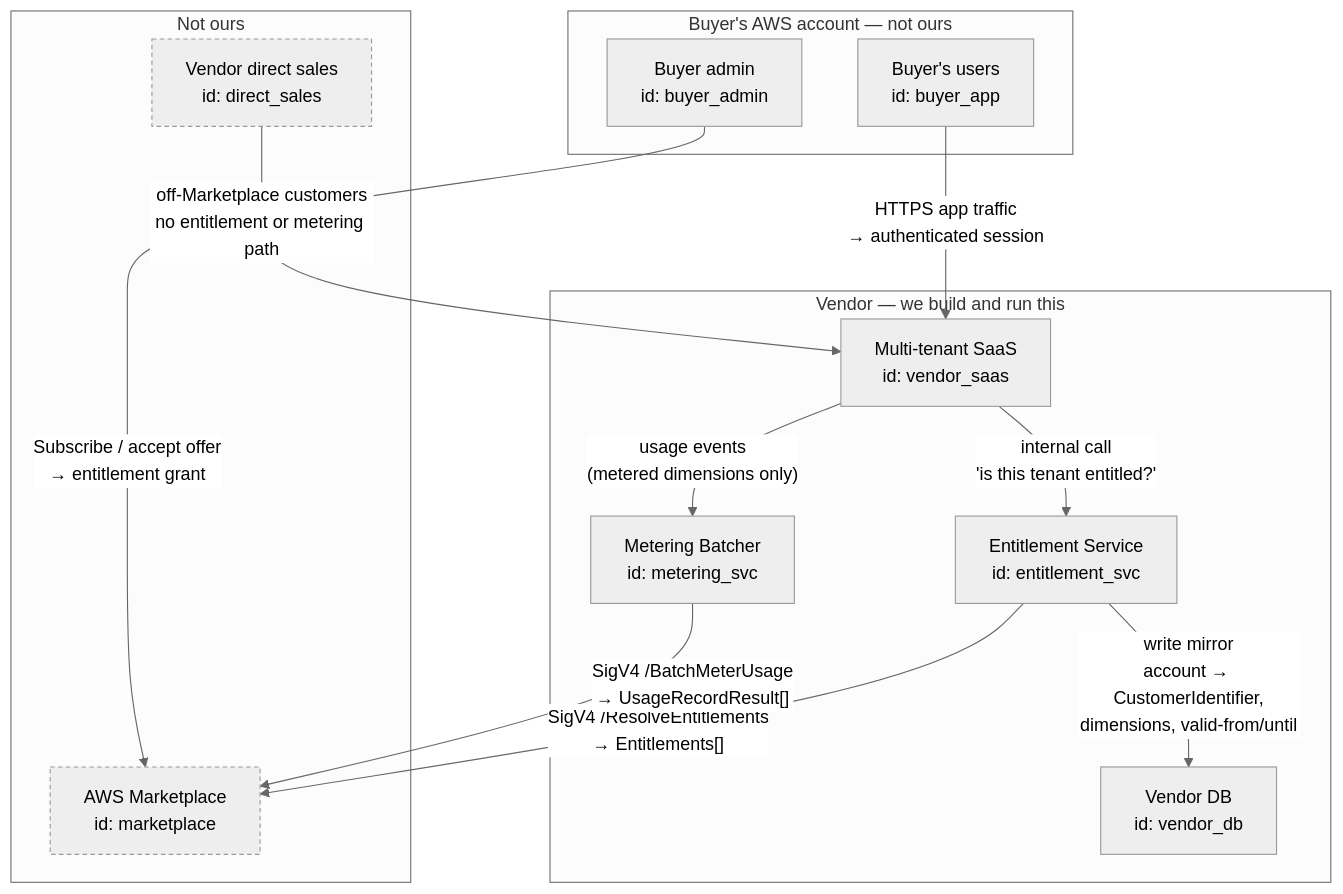
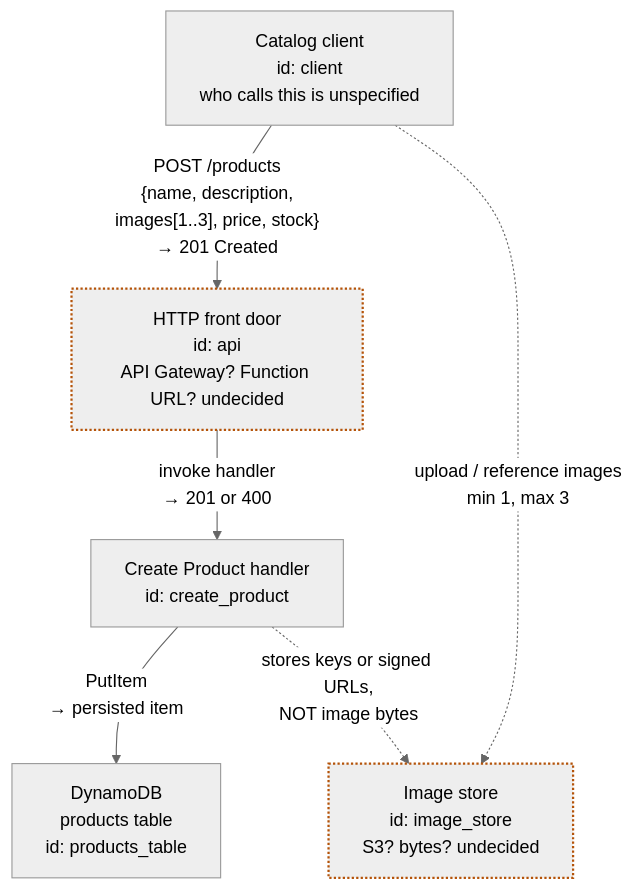
The diagram in diagrams/00-context.mmd (yamid-granda/aws-marketplace-study), drawn with Mermaid (neutral theme) before and after one commit. The commit also changed 12 other files, not shown here.

First line of the commit message:
fix(docs): replace invented seller-integration spec with the real one

```diff
--- a/diagrams/00-context.mmd
+++ b/diagrams/00-context.mmd
@@ -1,45 +1,36 @@
-%% Context level — who talks to what, and which of it do we own?
-%% Ref: docs/system.md -> "What the vendor sells"
-%% Node IDs here are referenced from docs and the other diagrams. Treat as contract.
+%% Context — the moving parts behind Create Product.
+%% Ref: docs/system.md -> "Architecture" and "Open questions"
+%% 
+%% PROVENANCE, per docs/system.md:
+%%   solid          = specified (Lambda compute, DynamoDB storage, one endpoint)
+%%   dashed + amber = INFERRED or undecided — not a decision, do not build on it
+%% 
+%% There is no vendor, no customer, and no billing in this system. An earlier
+%% revision of this file described one; it was invented and removed.
 
 flowchart TB
 
-  subgraph buyer_acct["Buyer's AWS account — not ours"]
-    buyer_admin["Buyer admin<br/>id: buyer_admin"]
-    buyer_app["Buyer's users<br/>id: buyer_app"]
-  end
+  client["Catalog client<br/>id: client<br/>who calls this is unspecified"]
 
-  subgraph vendor["Vendor — we build and run this"]
-    vendor_saas["Multi-tenant SaaS<br/>id: vendor_saas"]
-    entitlement_svc["Entitlement Service<br/>id: entitlement_svc"]
-    metering_svc["Metering Batcher<br/>id: metering_svc"]
-    vendor_db["Vendor DB<br/>id: vendor_db"]
-  end
+  api["HTTP front door<br/>id: api<br/>API Gateway? Function URL? undecided"]
 
-  subgraph third_party["Not ours"]
-    marketplace["AWS Marketplace<br/>id: marketplace"]
-    direct_sales["Vendor direct sales<br/>id: direct_sales"]
-  end
+  create_product["Create Product handler<br/>id: create_product"]
 
-  %% Subscription is a buyer-side act. We never get a push notification about
-  %% it — this asymmetry is what forces the pull-based entitlement path.
-  buyer_admin -- "Subscribe / accept offer<br/>→ entitlement grant" --> marketplace
+  products_table["DynamoDB<br/>products table<br/>id: products_table"]
 
-  buyer_app -- "HTTPS app traffic<br/>→ authenticated session" --> vendor_saas
-  vendor_saas -- "internal call<br/>'is this tenant entitled?'" --> entitlement_svc
+  image_store["Image store<br/>id: image_store<br/>S3? bytes? undecided"]
 
-  entitlement_svc -- "SigV4 /ResolveEntitlements<br/>→ Entitlements[]" --> marketplace
+  client -- "POST /products<br/>{name, description,<br/>images[1..3], price, stock}<br/>→ 201 Created" --> api
 
-  %% Vendor DB is a MIRROR of Marketplace state, never the system of record.
-  %% Losing it must be recoverable by re-resolving.
-  entitlement_svc -- "write mirror<br/>account → CustomerIdentifier,<br/>dimensions, valid-from/until" --> vendor_db
+  api -- "invoke handler<br/>→ 201 or 400" --> create_product
 
-  vendor_saas -- "usage events<br/>(metered dimensions only)" --> metering_svc
-  metering_svc -- "SigV4 /BatchMeterUsage<br/>→ UsageRecordResult[]" --> marketplace
+  create_product -- "PutItem<br/>→ persisted item" --> products_table
 
-  %% Not every customer comes from Marketplace, so the entitlement and metering
-  %% paths must both be no-ops rather than errors for direct customers.
-  direct_sales -- "off-Marketplace customers<br/>no entitlement or metering path" --> vendor_saas
+  %% The spec says 'images' without saying what an image is. DynamoDB caps an
+  %% item at 400 KB, so bytes cannot live in products_table.
+  client -. "upload / reference images<br/>min 1, max 3" .-> image_store
+  create_product -. "stores keys or signed URLs,<br/>NOT image bytes" .-> image_store
 
-  classDef notours stroke-dasharray: 4 3
-  class marketplace,direct_sales notours
+  %% Amber dashed = inferred or undecided. See docs/system.md provenance rule.
+  classDef notspecified stroke-width:2px,stroke:#b45309,stroke-dasharray: 2 2
+  class api,image_store notspecified
```
